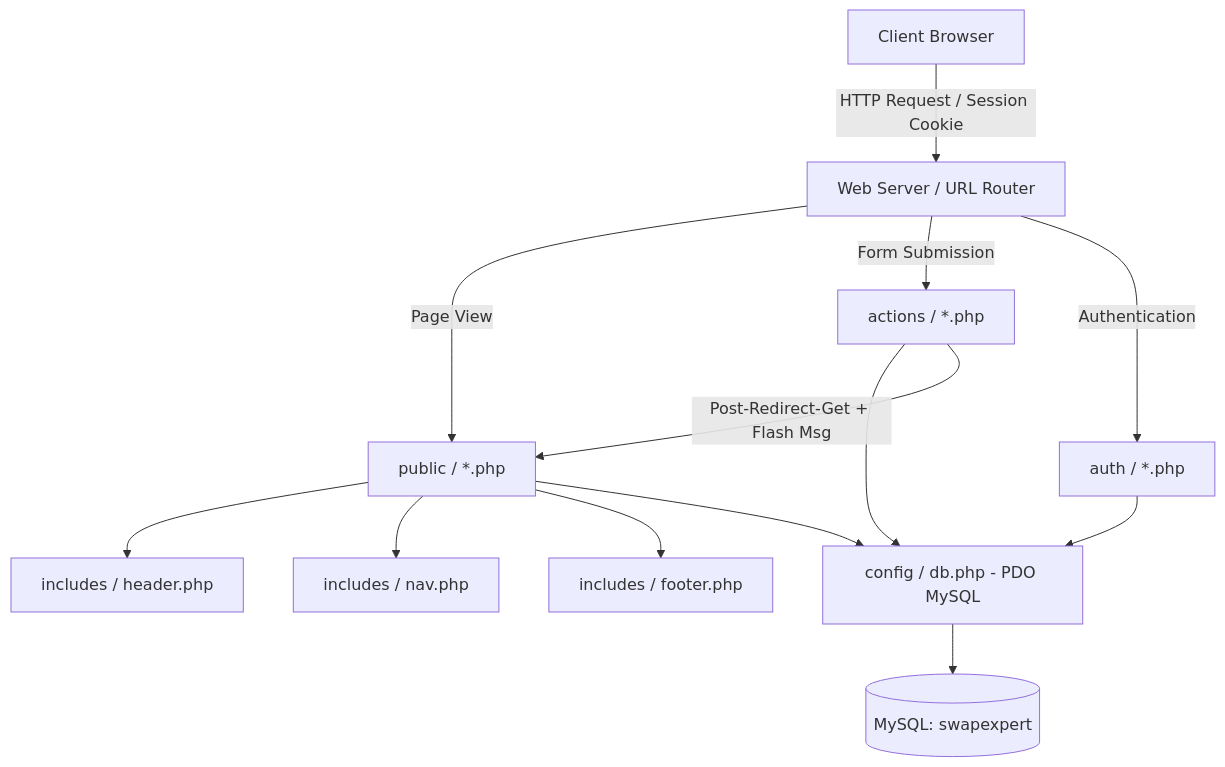
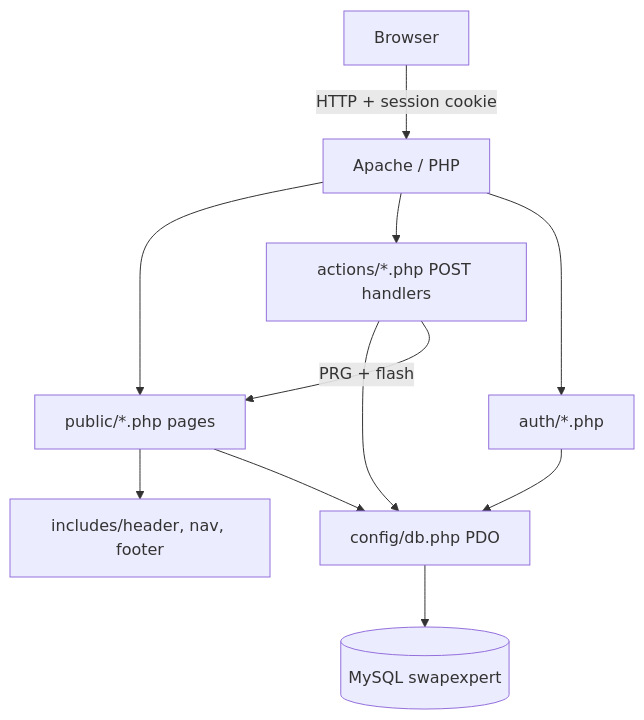
The diagram in README.md (IcarusFlew-SE/UECS2094---SkillExpert-Skills-Trading-Platform), drawn with Mermaid before and after one commit. The commit also changed other lines of this file and 19 other files, not shown here.

````diff
--- a/README.md
+++ b/README.md
@@ -165,18 +193,13 @@
 ```mermaid
 graph TD
-    A[Client Browser] -->|HTTP Request / Session Cookie| B[Web Server / URL Router]
-    B -->|Page View| C[public / *.php]
-    B -->|Form Submission| D[actions / *.php]
-    B -->|Authentication| E[auth / *.php]
-    
-    C --> F[includes / header.php]
-    C --> G[includes / nav.php]
-    C --> H[includes / footer.php]
-    
-    D --> I[config / db.php - PDO MySQL]
-    E --> I
-    C --> I
-    
-    D -->|Post-Redirect-Get + Flash Msg| C
-    I --> J[(MySQL: swapexpert)]
+    A[Browser] -->|HTTP + session cookie| B[Apache / PHP]
+    B --> C[public/*.php pages]
+    B --> D[actions/*.php POST handlers]
+    B --> E[auth/*.php]
+    C --> F[includes/header, nav, footer]
+    D --> G[config/db.php PDO]
+    E --> G
+    C --> G
+    D -->|PRG + flash| C
+    G --> H[(MySQL swapexpert)]
 ```
````
